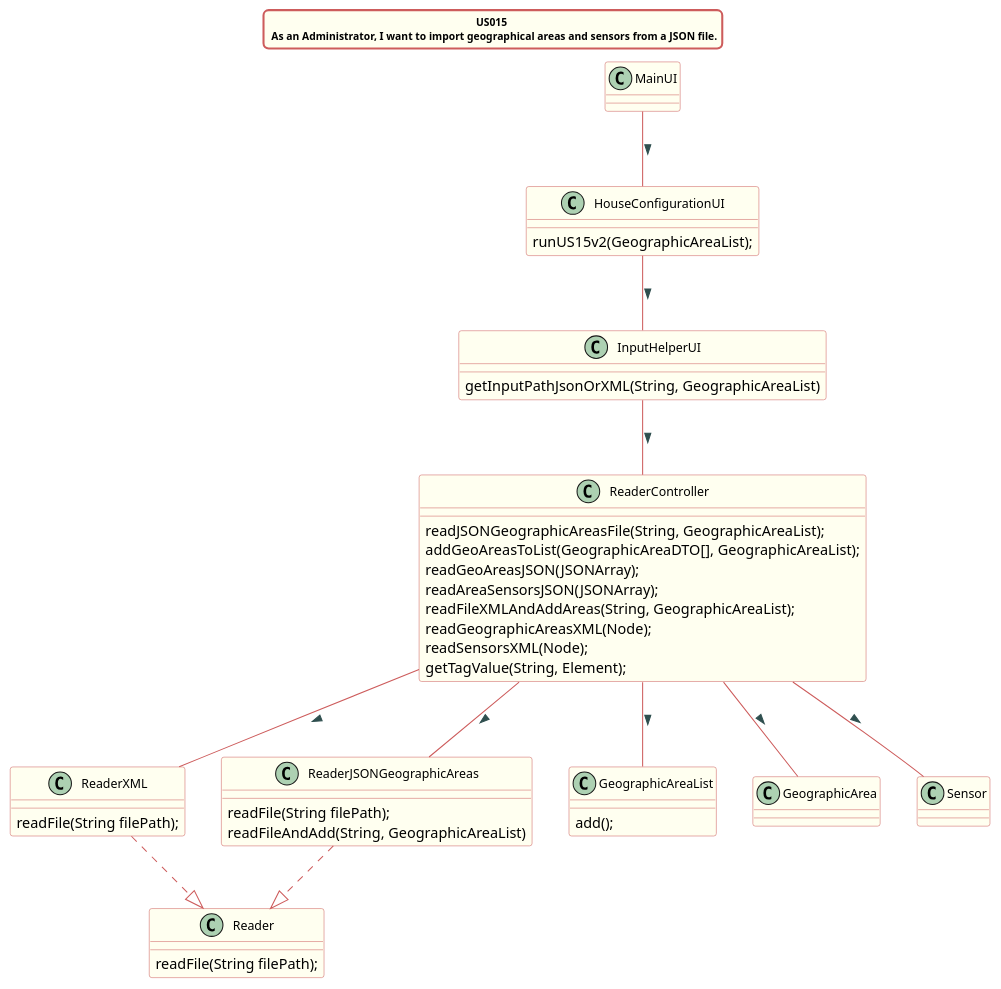
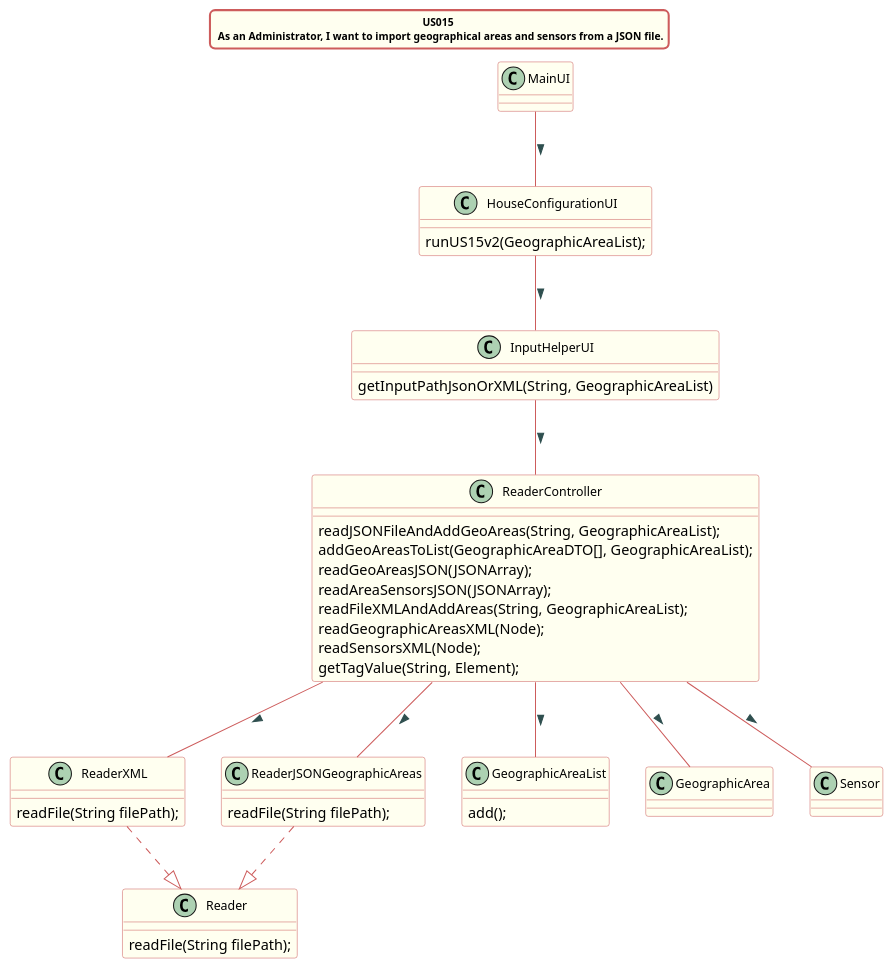
Before and after one commit to Almadanmp/project: the diagram in src/doc/Controllers/HouseConfiguration/US15/US15v2_cd_HouseConfiguration.puml, drawn with PlantUML. The commit also changed 3 other files, not shown here.

Commit message:
REF #178 updated class diagram and sequence diagram for us15v2

```diff
--- a/src/doc/Controllers/HouseConfiguration/US15/US15v2_cd_HouseConfiguration.puml
+++ b/src/doc/Controllers/HouseConfiguration/US15/US15v2_cd_HouseConfiguration.puml
@@ -1,80 +1,79 @@
 @startuml
 
 title US015 \n As an Administrator, I want to import geographical areas and sensors from a JSON file.
 skinparam titleBorderRoundCorner 10
 skinparam titleBorderThickness 2
 skinparam titleBorderColor indianred
 skinparam titleBackgroundColor ivory
 skinparam FontName verdana
 skinparam titleFontSize 10
 
 
 skinparam class {
   BorderColor indianred
   BackgroundColor indianred
   BackgroundColor ivory
    roundcorner 10
    ArrowFontName Verdana
    ArrowColor indianred
    ArrowFontColor darkslategrey
    FontSize 12
 }
 
 class ReaderController
 class ReaderXML
 class Reader
 class HouseConfigurationUI
 class ReaderJSONGeographicAreas
 class GeographicAreaList
 class GeographicArea
 class Sensor
 class InputHelperUI
 
 MainUI -- HouseConfigurationUI : >
 HouseConfigurationUI -- InputHelperUI : >
 InputHelperUI -- ReaderController : >
 ReaderController -- Sensor : >
 ReaderController -- GeographicArea : >
 ReaderController -- GeographicAreaList : >
 ReaderController -- ReaderXML : >
 ReaderController -- ReaderJSONGeographicAreas : >
 ReaderXML ..|> Reader
 ReaderJSONGeographicAreas ..|> Reader
 
 class HouseConfigurationUI {
 runUS15v2(GeographicAreaList);
 }
 
 class ReaderJSONGeographicAreas {
 readFile(String filePath);
-readFileAndAdd(String, GeographicAreaList)
 }
 
 class ReaderController {
-readJSONGeographicAreasFile(String, GeographicAreaList);
+readJSONFileAndAddGeoAreas(String, GeographicAreaList);
 addGeoAreasToList(GeographicAreaDTO[], GeographicAreaList);
 readGeoAreasJSON(JSONArray);
 readAreaSensorsJSON(JSONArray);
 readFileXMLAndAddAreas(String, GeographicAreaList);
 readGeographicAreasXML(Node);
 readSensorsXML(Node);
 getTagValue(String, Element);
 }
 
 class Reader{
 readFile(String filePath);
 }
 
 class GeographicAreaList{
 add();
 }
 
 class InputHelperUI{
 getInputPathJsonOrXML(String, GeographicAreaList)
 }
 
 class ReaderXML{
 readFile(String filePath);
 }
 
 @enduml
```
